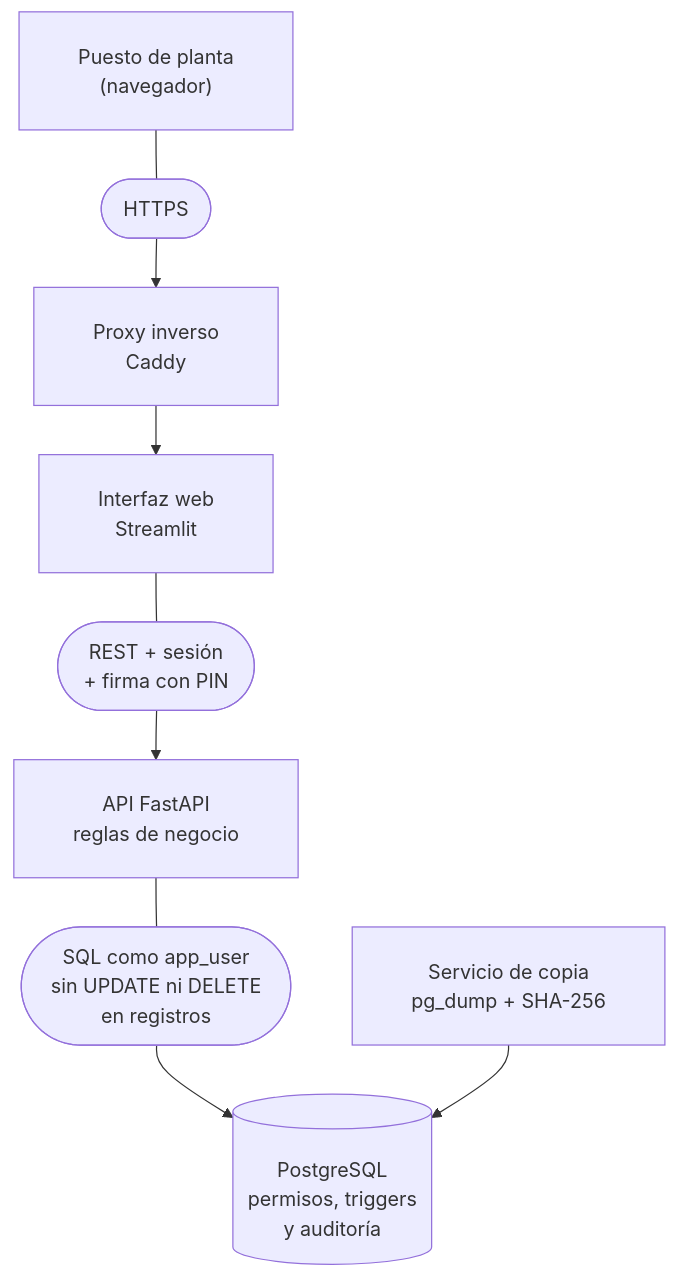
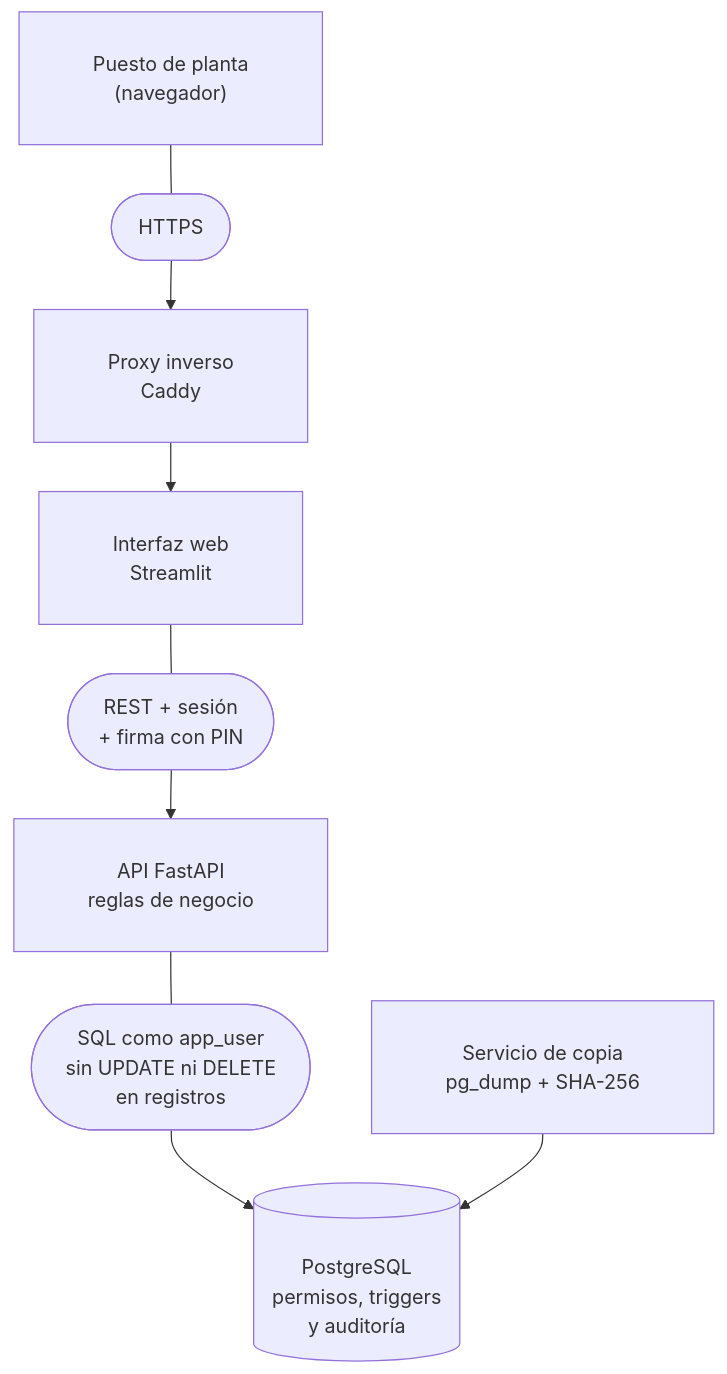
The diagram in README.md (Aless-Mereu/Escaparate-Libro-Diligenciado-Digital), drawn with Mermaid before and after one commit.

Commit message:
cambios estéticos menores

````diff
--- a/README.md
+++ b/README.md
@@ -63,11 +63,11 @@
 ```mermaid
-%%{init: {"flowchart": {"htmlLabels": false, "padding": 24, "nodeSpacing": 50, "rankSpacing": 40}}}%%
+%%{init: {"flowchart": {"htmlLabels": false, "padding": 30, "nodeSpacing": 50, "rankSpacing": 40}}}%%
 flowchart TD
     %% Los textos de las flechas van en cajas propias (forma redondeada):
     %% las cajas tienen fondo opaco y la flecha no las atraviesa.
     A["Puesto de planta<br/>(navegador)"] --- C1(["HTTPS"]) --> P["Proxy inverso<br/>Caddy"]
     P --> F["Interfaz web<br/>Streamlit"]
     F --- C2(["REST + sesión<br/>+ firma con PIN"]) --> B["API FastAPI<br/>reglas de negocio"]
     B --- C3(["SQL como app_user<br/>sin UPDATE ni DELETE<br/>en registros"]) --> D[("PostgreSQL<br/>permisos, triggers<br/>y auditoría")]
     K["Servicio de copia<br/>pg_dump + SHA-256"] --> D
 ```
````
